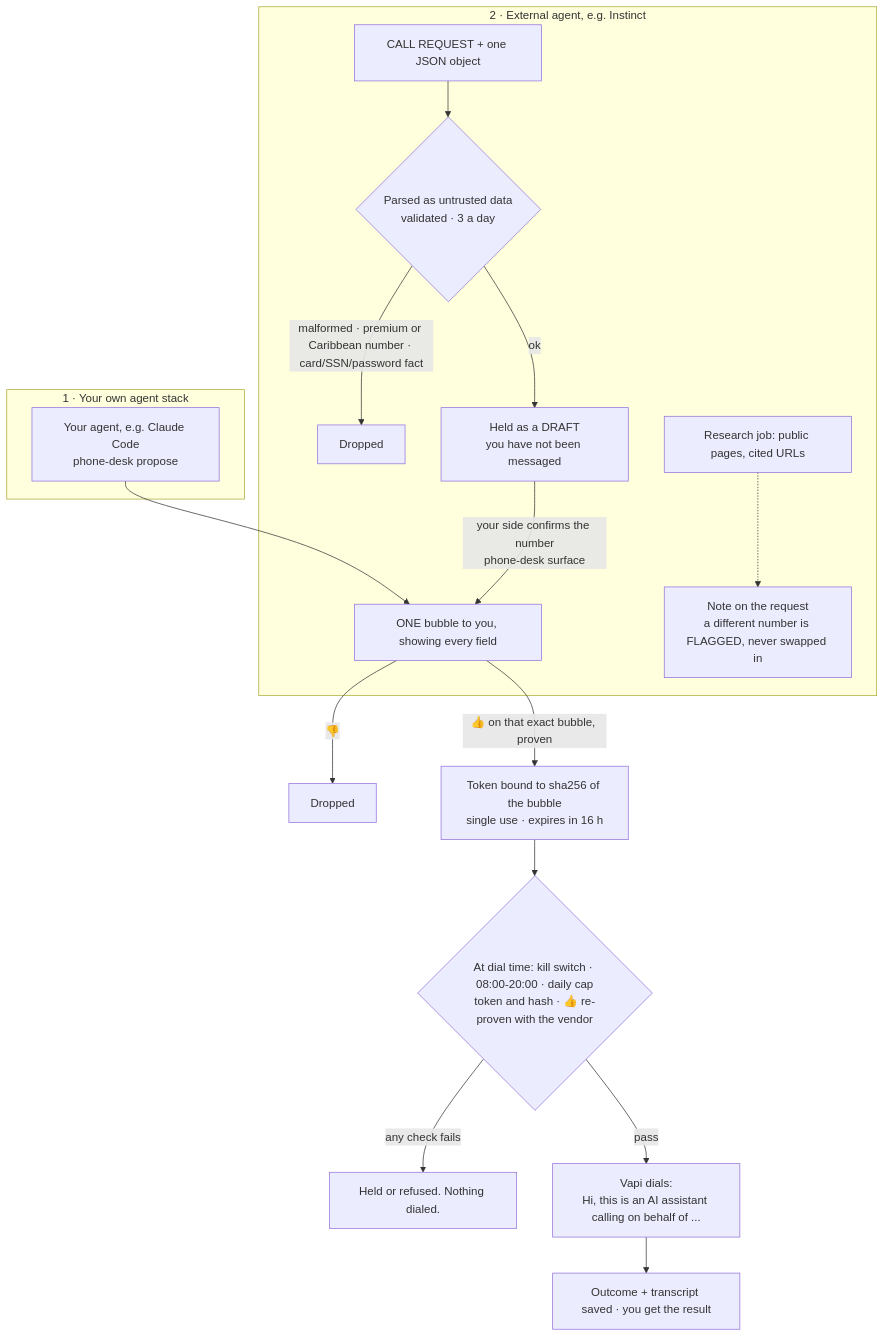
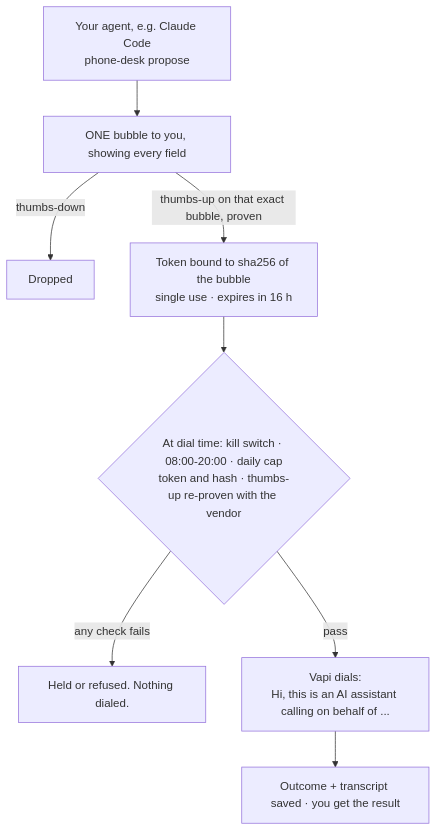
One commit to jddavenportOpen/ai-phone-desk changed the diagram in README.md. Above: the diagram before and after it, drawn with Mermaid. The commit also changed other lines of this file and 3 other files, not shown here.

Commit message:
Rewrite the README intro, define Instinct, move the external-agent diagram to docs, add CI

````diff
--- a/README.md
+++ b/README.md
@@ -52,20 +55,10 @@
 ```mermaid
 flowchart TD
-  subgraph OWN["1 · Your own agent stack"]
-    A1["Your agent, e.g. Claude Code<br/>phone-desk propose"]
-  end
-  subgraph EXT["2 · External agent, e.g. Instinct"]
-    X1["CALL REQUEST + one JSON object"] --> X2{"Parsed as untrusted data<br/>validated · 3 a day"}
-    X2 -- "malformed · premium or Caribbean number · card/SSN/password fact" --> X3["Dropped"]
-    X2 -- ok --> X4["Held as a DRAFT<br/>you have not been messaged"]
-    X4 -- "your side confirms the number<br/>phone-desk surface" --> B
-    X5["Research job: public pages, cited URLs"] -.-> X6["Note on the request<br/>a different number is FLAGGED, never swapped in"]
-  end
-  A1 --> B["ONE bubble to you, showing every field"]
-  B -- "👎" --> D["Dropped"]
-  B -- "👍 on that exact bubble, proven" --> T["Token bound to sha256 of the bubble<br/>single use · expires in 16 h"]
-  T --> G{"At dial time: kill switch · 08:00-20:00 · daily cap<br/>token and hash · 👍 re-proven with the vendor"}
+  A1["Your agent, e.g. Claude Code<br/>phone-desk propose"] --> B["ONE bubble to you, showing every field"]
+  B -- "thumbs-down" --> D["Dropped"]
+  B -- "thumbs-up on that exact bubble, proven" --> T["Token bound to sha256 of the bubble<br/>single use · expires in 16 h"]
+  T --> G{"At dial time: kill switch · 08:00-20:00 · daily cap<br/>token and hash · thumbs-up re-proven with the vendor"}
   G -- "any check fails" --> H["Held or refused. Nothing dialed."]
   G -- pass --> V["Vapi dials:<br/>Hi, this is an AI assistant calling on behalf of ..."]
   V --> R["Outcome + transcript saved · you get the result"]
 ```
````
